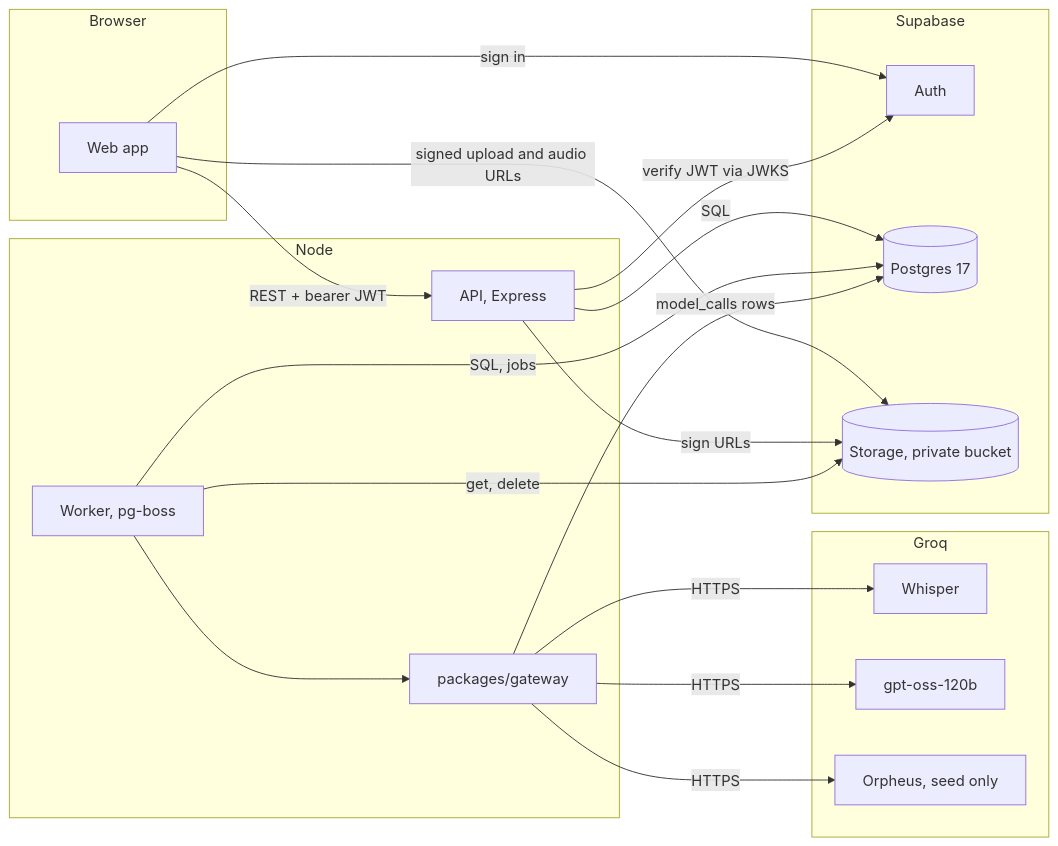
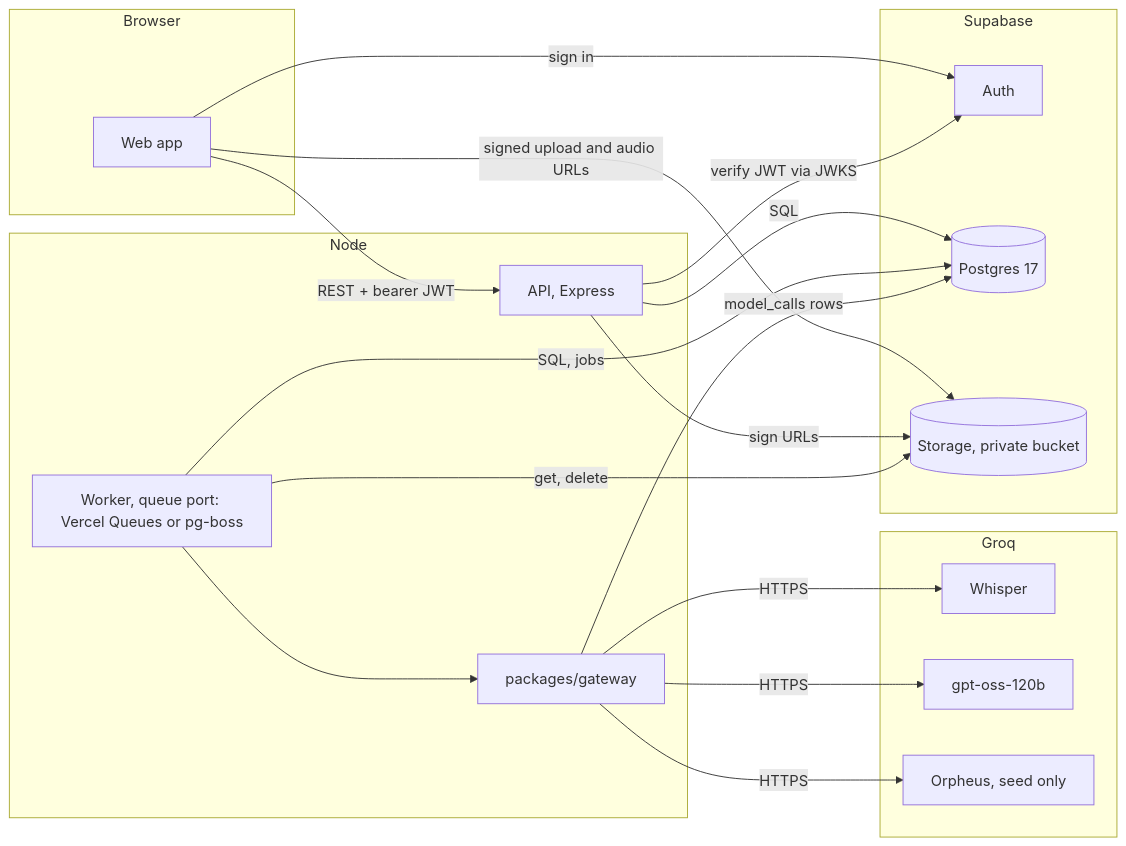
Before and after one commit to jagadeeshm007/Latte: the diagram in docs/design/sales-call-compliance-hld.md, drawn with Mermaid. The commit also changed other lines of this file and 7 other files, not shown here.

First line of the commit message:
docs(architecture): check the production review against the code [SCC-6-1-1]

````diff
--- a/docs/design/sales-call-compliance-hld.md
+++ b/docs/design/sales-call-compliance-hld.md
@@ -70,34 +70,34 @@
 ```mermaid
 flowchart LR
   subgraph Browser
     W[Web app]
   end
   subgraph Node
     A[API, Express]
-    K[Worker, pg-boss]
+    K[Worker, queue port: Vercel Queues or pg-boss]
     G[packages/gateway]
   end
   subgraph Supabase
     AU[Auth]
     DB[(Postgres 17)]
     ST[(Storage, private bucket)]
   end
   subgraph Groq
     STT[Whisper]
     LLM[gpt-oss-120b]
     TTS[Orpheus, seed only]
   end
   W -- sign in --> AU
   W -- REST + bearer JWT --> A
   W -- signed upload and audio URLs --> ST
   A -- verify JWT via JWKS --> AU
   A -- SQL --> DB
   A -- sign URLs --> ST
   K -- SQL, jobs --> DB
   K -- get, delete --> ST
   K --> G
   G -- HTTPS --> STT
   G -- HTTPS --> LLM
   G -- HTTPS --> TTS
   G -- model_calls rows --> DB
 ```
````
